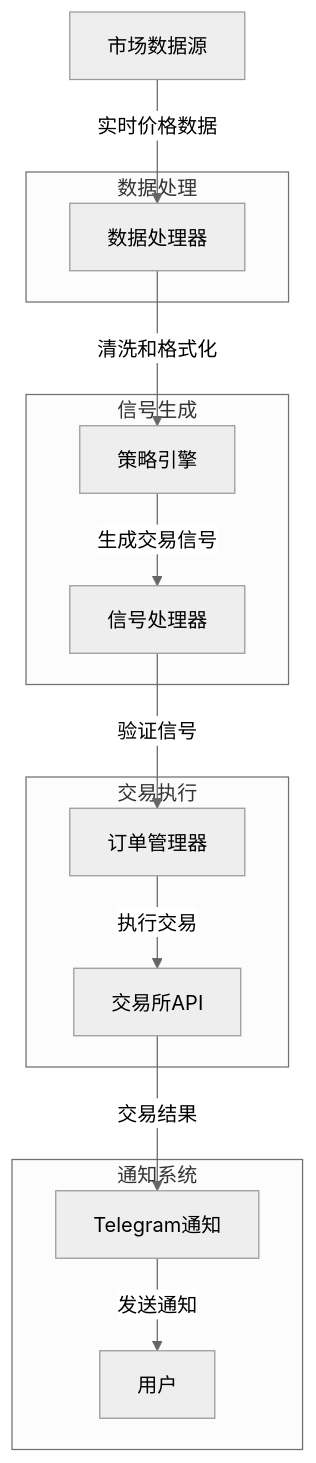
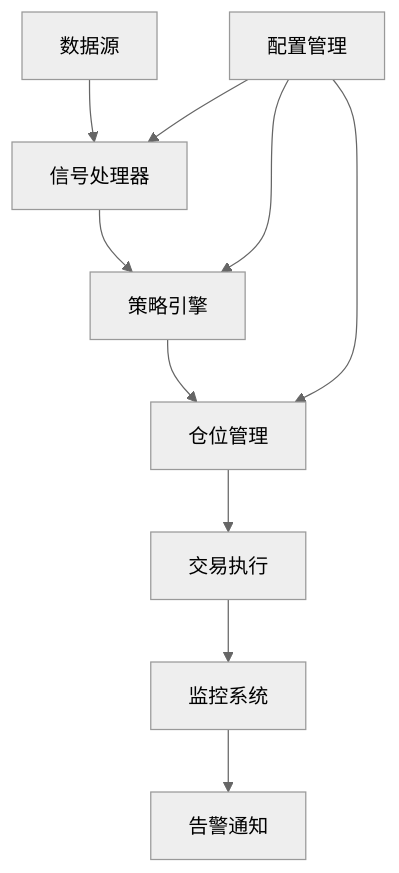
Before and after one commit to Saul2049/Python-syntax-core: the diagram in README.md, drawn with Mermaid (neutral theme). The commit also changed other lines of this file and 187 other files, not shown here.

````diff
--- a/README.md
+++ b/README.md
@@ -234,29 +94,13 @@
 ```mermaid
-graph TD
-    A[市场数据源] -->|实时价格数据| B[数据处理器]
-    B -->|清洗和格式化| C[策略引擎]
-    C -->|生成交易信号| D[信号处理器]
-    D -->|验证信号| E[订单管理器]
-    E -->|执行交易| F[交易所API]
-    F -->|交易结果| G[Telegram通知]
-    G -->|发送通知| H[用户]
+graph TB
+    A[数据源] --> B[信号处理器]
+    B --> C[策略引擎]
+    C --> D[仓位管理]
+    D --> E[交易执行]
+    E --> F[监控系统]
+    F --> G[告警通知]
     
-    subgraph 数据处理
-    B
-    end
-    
-    subgraph 信号生成
-    C
-    D
-    end
-    
-    subgraph 交易执行
-    E
-    F
-    end
-    
-    subgraph 通知系统
-    G
-    H
-    end
+    H[配置管理] --> B
+    H --> C
+    H --> D
 ```
````
